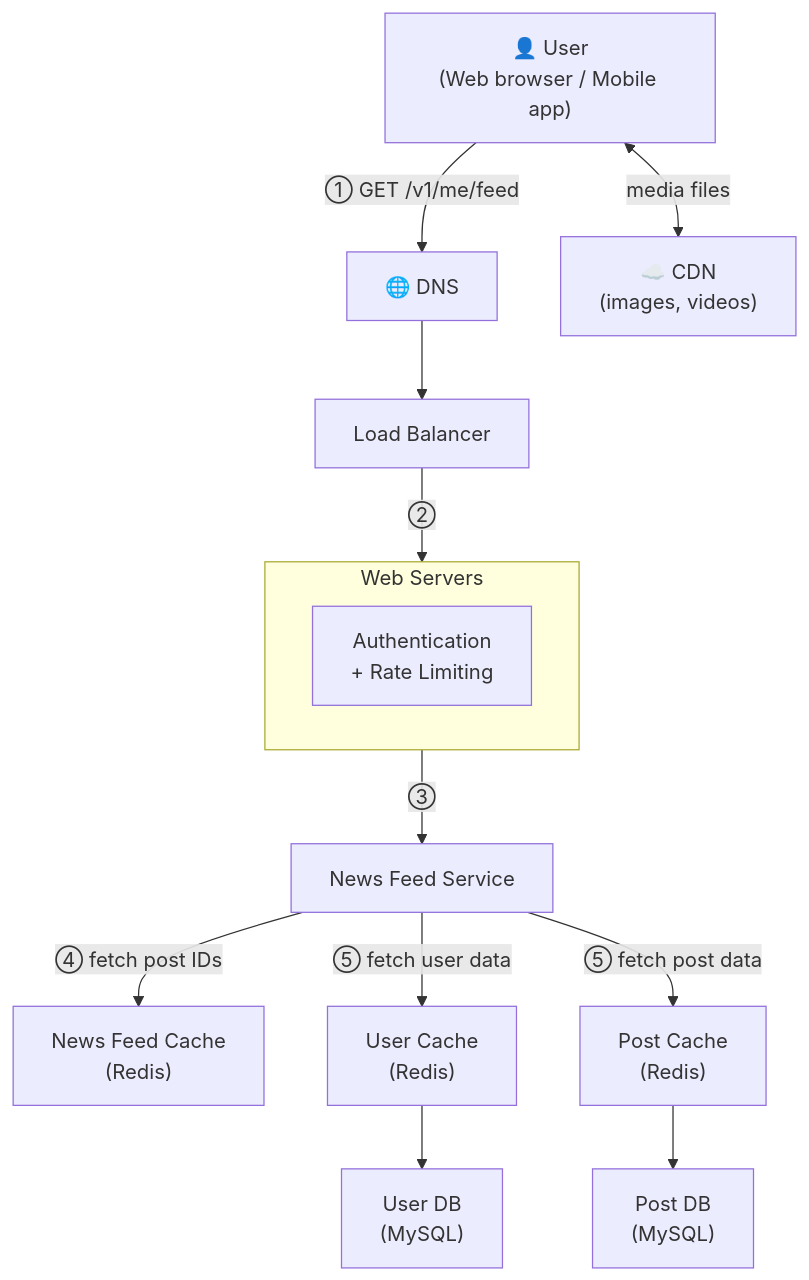
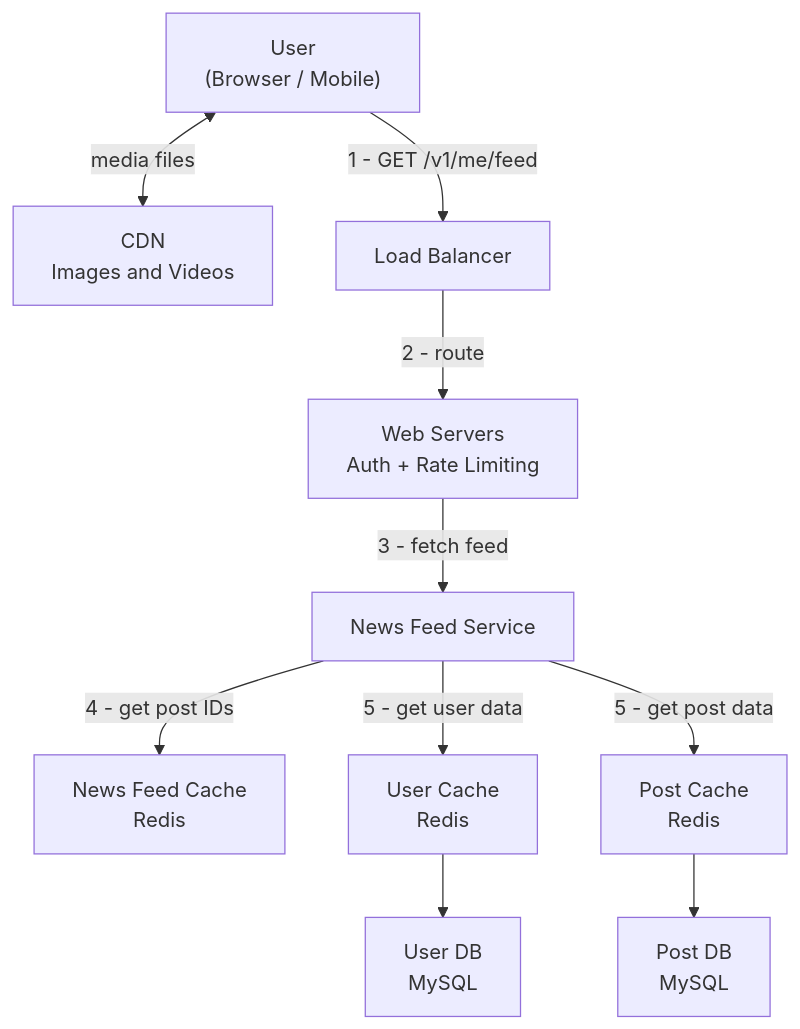
One commit to Arnavjain1703/HLD changed the fifth of 9 diagrams in news-feed-system-design.md. Above: the diagram before and after it, drawn with Mermaid. The commit also changed other lines of this file, not shown here.

````diff
--- a/news-feed-system-design.md
+++ b/news-feed-system-design.md
@@ -254,29 +244,23 @@
 ```mermaid
 flowchart TD
-    User["👤 User\n(Web browser / Mobile app)"]
-    DNS["🌐 DNS"]
-    CDN["☁️ CDN\n(images, videos)"]
+    User["User<br/>(Browser / Mobile)"]
+    CDN["CDN<br/>Images and Videos"]
     LB["Load Balancer"]
+    WS["Web Servers<br/>Auth + Rate Limiting"]
+    NFS["News Feed Service"]
+    NFC["News Feed Cache<br/>Redis"]
+    UC["User Cache<br/>Redis"]
+    UDB["User DB<br/>MySQL"]
+    PC["Post Cache<br/>Redis"]
+    PDB["Post DB<br/>MySQL"]
 
-    subgraph WS["Web Servers"]
-        Auth2["Authentication\n+ Rate Limiting"]
-    end
-
-    NFS["News Feed Service"]
-    NFC["News Feed Cache\n(Redis)"]
-    UC["User Cache\n(Redis)"]
-    UDB["User DB\n(MySQL)"]
-    PC["Post Cache\n(Redis)"]
-    PDB["Post DB\n(MySQL)"]
-
-    User -->|① GET /v1/me/feed| DNS
-    DNS --> LB
-    LB -->|②| WS
-    WS -->|③| NFS
-    NFS -->|④ fetch post IDs| NFC
-    NFS -->|⑤ fetch user data| UC
+    User -->|1 - GET /v1/me/feed| LB
+    LB -->|2 - route| WS
+    WS -->|3 - fetch feed| NFS
+    NFS -->|4 - get post IDs| NFC
+    NFS -->|5 - get user data| UC
+    NFS -->|5 - get post data| PC
     UC --> UDB
-    NFS -->|⑤ fetch post data| PC
     PC --> PDB
     User <-->|media files| CDN
 ```
````
